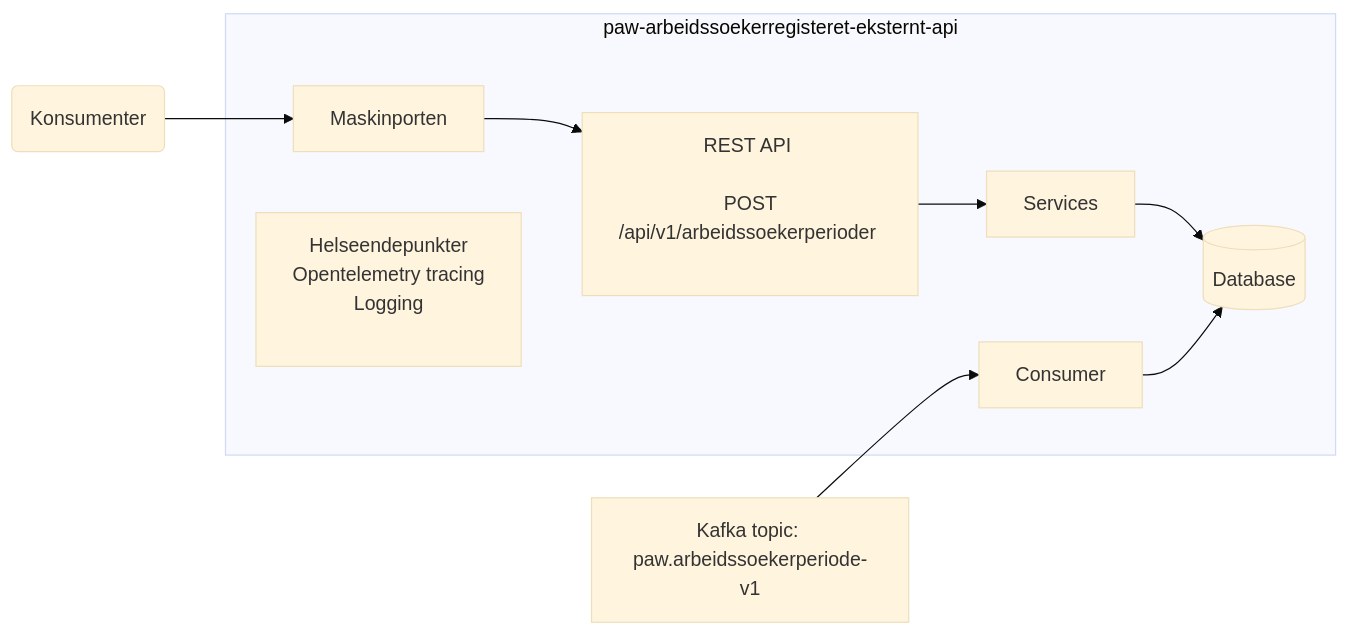
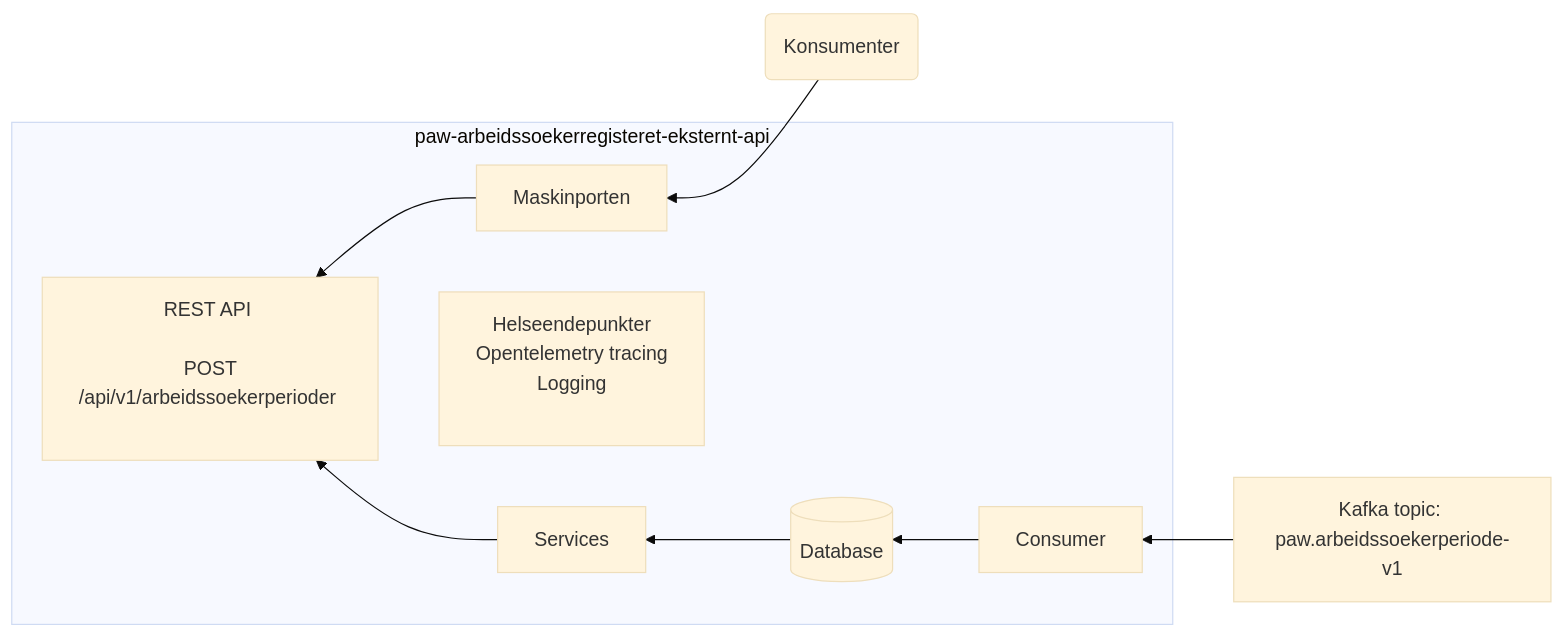
One commit to navikt/paw-arbeidssoekerregisteret-eksternt-api changed the diagram in README.md. Above: the diagram before and after it, drawn with Mermaid (base theme).

Commit message:
Endret på flytdiagram i README.md

````diff
--- a/README.md
+++ b/README.md
@@ -11,20 +11,20 @@
 ```mermaid
-flowchart LR;
+flowchart RL;
     A(Konsumenter);
     subgraph paw-arbeidssoekerregisteret-eksternt-api
         B[Maskinporten];
         id1[REST API <br/> <br/> POST /api/v1/arbeidssoekerperioder <br/> <br/>];
         id2[Helseendepunkter <br/> Opentelemetry tracing <br/> Logging <br/> <br/>];
         C[Services];
         D[(Database)];
         E[Consumer];
     end;
     F[Kafka topic: paw.arbeidssoekerperiode-v1];
     A-->B;
     B-->id1;
     id2~~~id1
-    id1-->C;
-    C-->D;
+    C-->id1;
+    D-->C;
     E-->D;
     F-->E;
 ```
````
